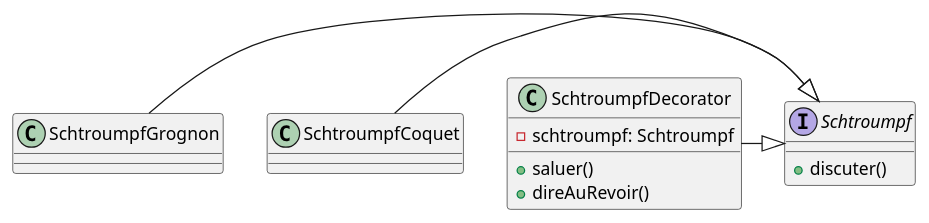
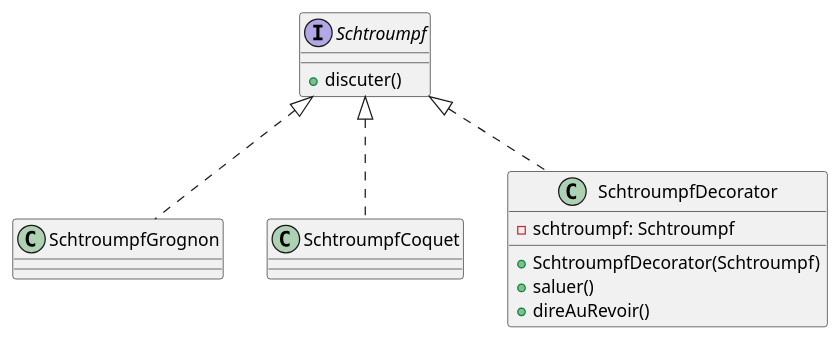
One commit to jandry/design-pattern changed the diagram in src/uml/decorator.puml. Above: the diagram before and after it, drawn with PlantUML. The commit also changed 1 other file, not shown here.

```diff
--- a/src/uml/decorator.puml
+++ b/src/uml/decorator.puml
@@ -1,23 +1,24 @@
 @startuml Decorator
 
 interface Schtroumpf {
     + discuter()
 }
 
 class SchtroumpfGrognon {
 }
 
 class SchtroumpfCoquet {
 }
 
 class SchtroumpfDecorator {
     - schtroumpf: Schtroumpf
+    + SchtroumpfDecorator(Schtroumpf)
     + saluer()
     + direAuRevoir()
 }
 
-SchtroumpfGrognon-|>Schtroumpf
-SchtroumpfCoquet-|>Schtroumpf
-SchtroumpfDecorator-|>Schtroumpf
+SchtroumpfGrognon .up.|> Schtroumpf
+SchtroumpfCoquet .up.|> Schtroumpf
+SchtroumpfDecorator .up.|> Schtroumpf
 
 @enduml{}
```
